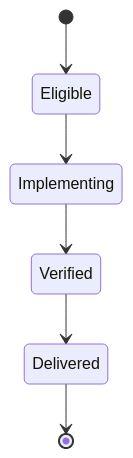
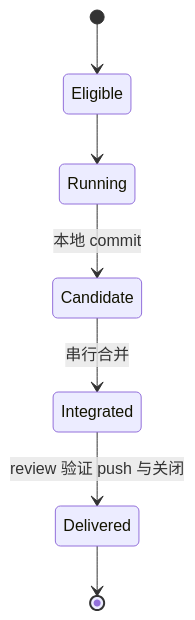
The fifth of 8 diagrams in docs/architecture/spec-implementation.md (liu-qingyuan/skills-sync-lqy), drawn with Mermaid before and after one commit. The commit also changed other lines of this file and 17 other files, not shown here.

````diff
--- a/docs/architecture/spec-implementation.md
+++ b/docs/architecture/spec-implementation.md
@@ -59,8 +68,9 @@
 ```mermaid
 stateDiagram-v2
     [*] --> Eligible
-    Eligible --> Implementing
-    Implementing --> Verified
-    Verified --> Delivered
+    Eligible --> Running
+    Running --> Candidate: 本地 commit
+    Candidate --> Integrated: 串行合并
+    Integrated --> Delivered: review 验证 push 与关闭
     Delivered --> [*]
 ```
````
